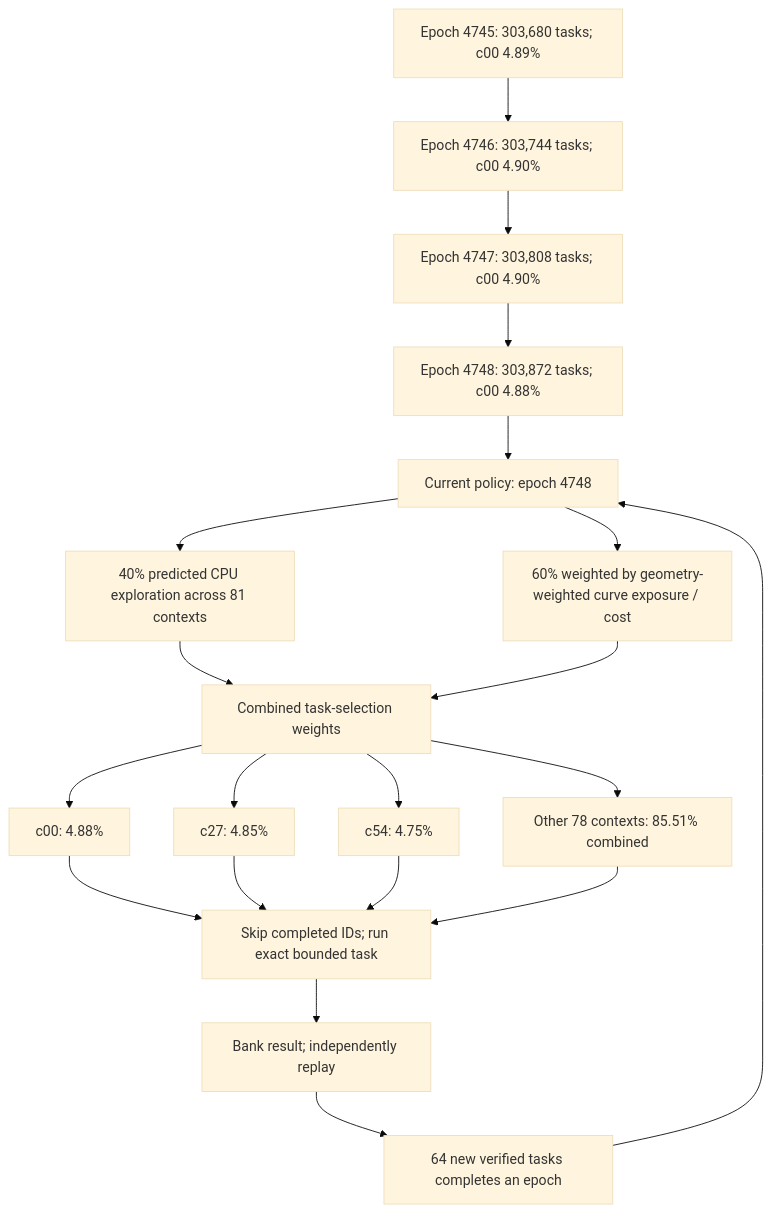
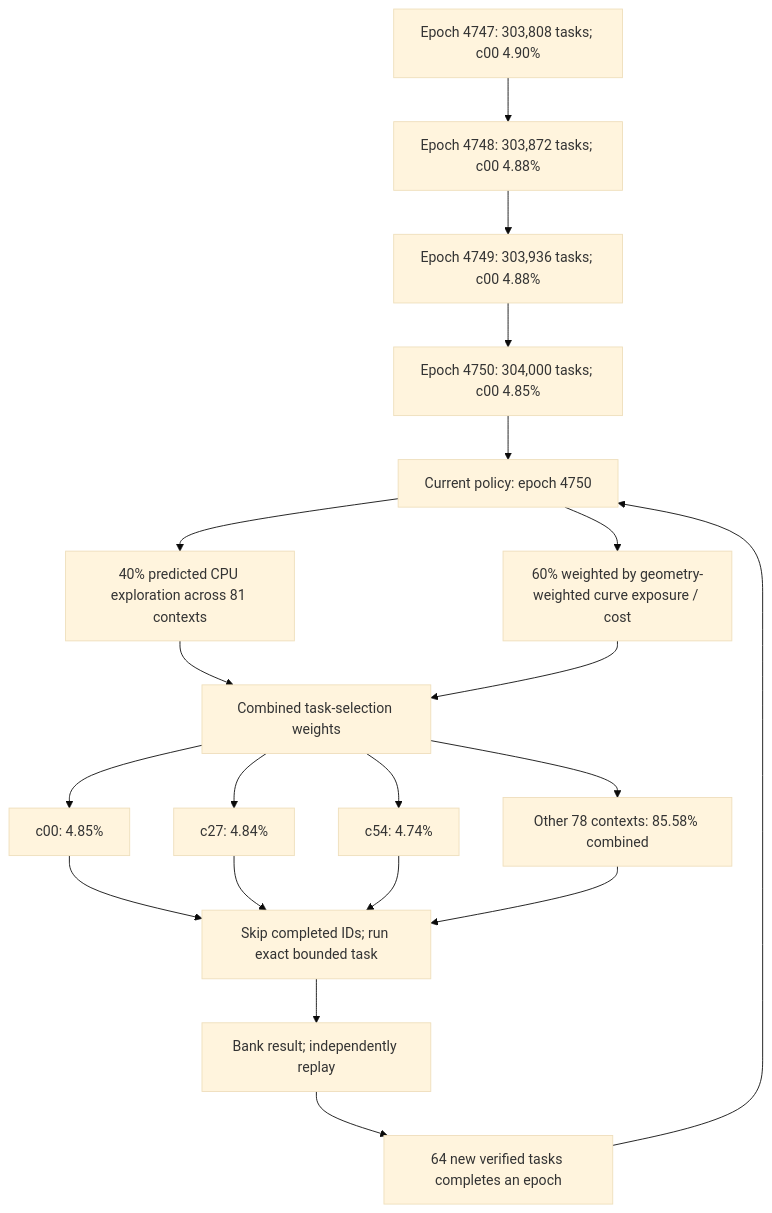
One commit to Kuberwastaken/math-gambling changed the first of 3 diagrams in README.md. Above: the diagram before and after it, drawn with Mermaid (base theme). The commit also changed other lines of this file and 4652 other files, not shown here.

````diff
--- a/README.md
+++ b/README.md
@@ -60,27 +60,27 @@
 ```mermaid
 flowchart TD
-    H0["Epoch 4745: 303,680 tasks; c00 4.89%"]
-    H1["Epoch 4746: 303,744 tasks; c00 4.90%"]
+    H0["Epoch 4747: 303,808 tasks; c00 4.90%"]
+    H1["Epoch 4748: 303,872 tasks; c00 4.88%"]
     H0 --> H1
-    H2["Epoch 4747: 303,808 tasks; c00 4.90%"]
+    H2["Epoch 4749: 303,936 tasks; c00 4.88%"]
     H1 --> H2
-    H3["Epoch 4748: 303,872 tasks; c00 4.88%"]
+    H3["Epoch 4750: 304,000 tasks; c00 4.85%"]
     H2 --> H3
-    Policy["Current policy: epoch 4748"]
+    Policy["Current policy: epoch 4750"]
     H3 --> Policy
     Policy --> Explore["40% predicted CPU exploration across 81 contexts"]
     Policy --> Cost["60% weighted by geometry-weighted curve exposure / cost"]
     Explore --> Mix["Combined task-selection weights"]
     Cost --> Mix
-    Mix --> C0["c00: 4.88%"]
-    Mix --> C1["c27: 4.85%"]
-    Mix --> C2["c54: 4.75%"]
-    Mix --> Rest["Other 78 contexts: 85.51% combined"]
+    Mix --> C0["c00: 4.85%"]
+    Mix --> C1["c27: 4.84%"]
+    Mix --> C2["c54: 4.74%"]
+    Mix --> Rest["Other 78 contexts: 85.58% combined"]
     C0 --> Check["Skip completed IDs; run exact bounded task"]
     C1 --> Check
     C2 --> Check
     Rest --> Check
     Check --> Replay["Bank result; independently replay"]
     Replay --> Gate["64 new verified tasks completes an epoch"]
     Gate --> Policy
 ```
````
